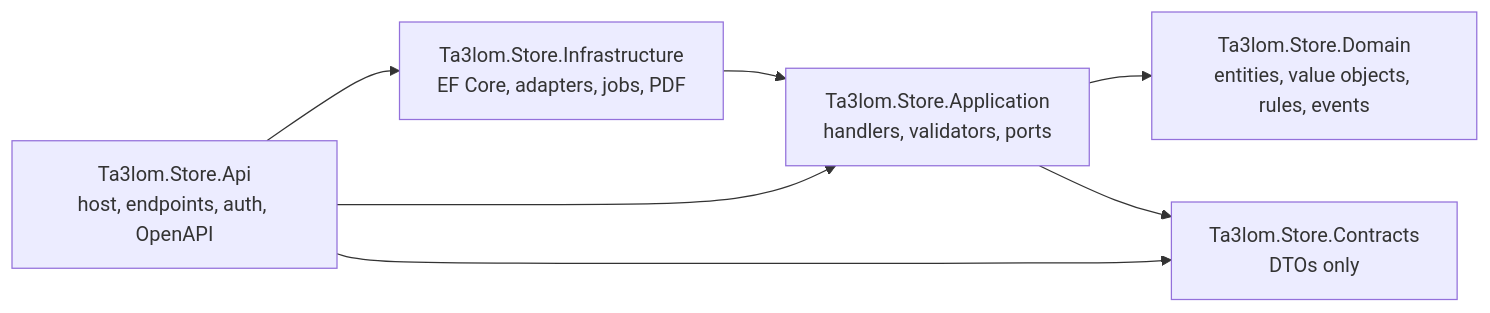
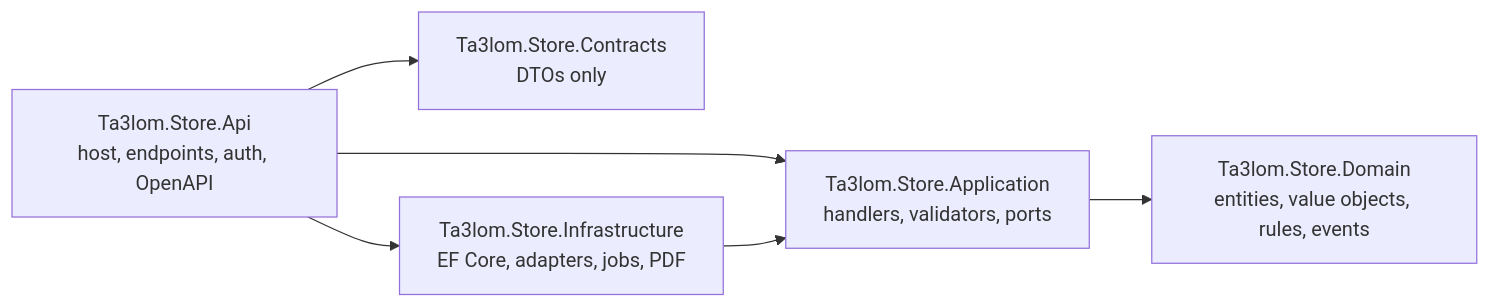
One commit to lotfi029/ta3lom_store_api changed the first of 3 diagrams in store/09-backend-dotnet.md. Above: the diagram before and after it, drawn with Mermaid. The commit also changed other lines of this file and 100 other files, not shown here.

````diff
--- a/store/09-backend-dotnet.md
+++ b/store/09-backend-dotnet.md
@@ -228,11 +228,10 @@
 ```mermaid
 flowchart LR
     Api[Ta3lom.Store.Api<br/>host, endpoints, auth, OpenAPI] --> Application
     Api --> Contracts
     Api --> Infrastructure
     Infrastructure[Ta3lom.Store.Infrastructure<br/>EF Core, adapters, jobs, PDF] --> Application
     Application[Ta3lom.Store.Application<br/>handlers, validators, ports] --> Domain
-    Application --> Contracts
     Domain[Ta3lom.Store.Domain<br/>entities, value objects, rules, events]
     Contracts[Ta3lom.Store.Contracts<br/>DTOs only]
 ```
````
